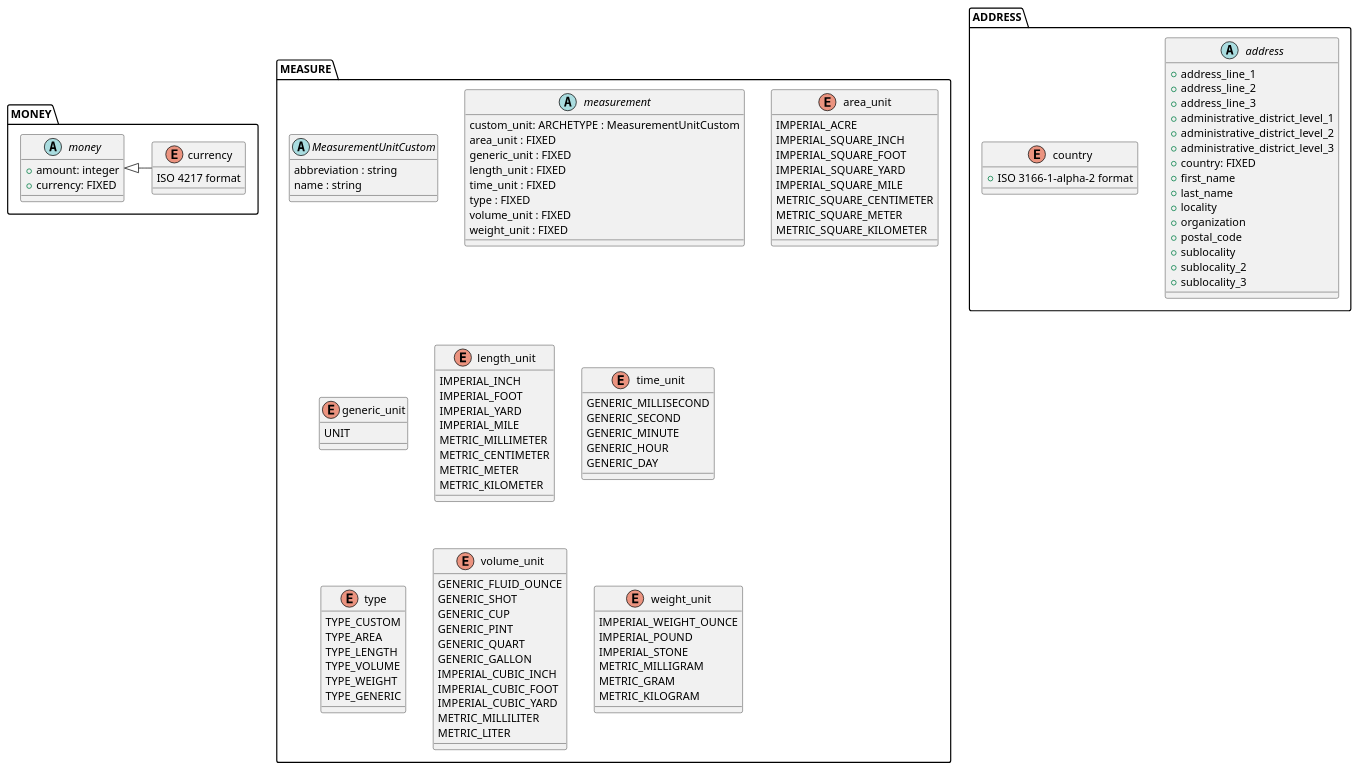
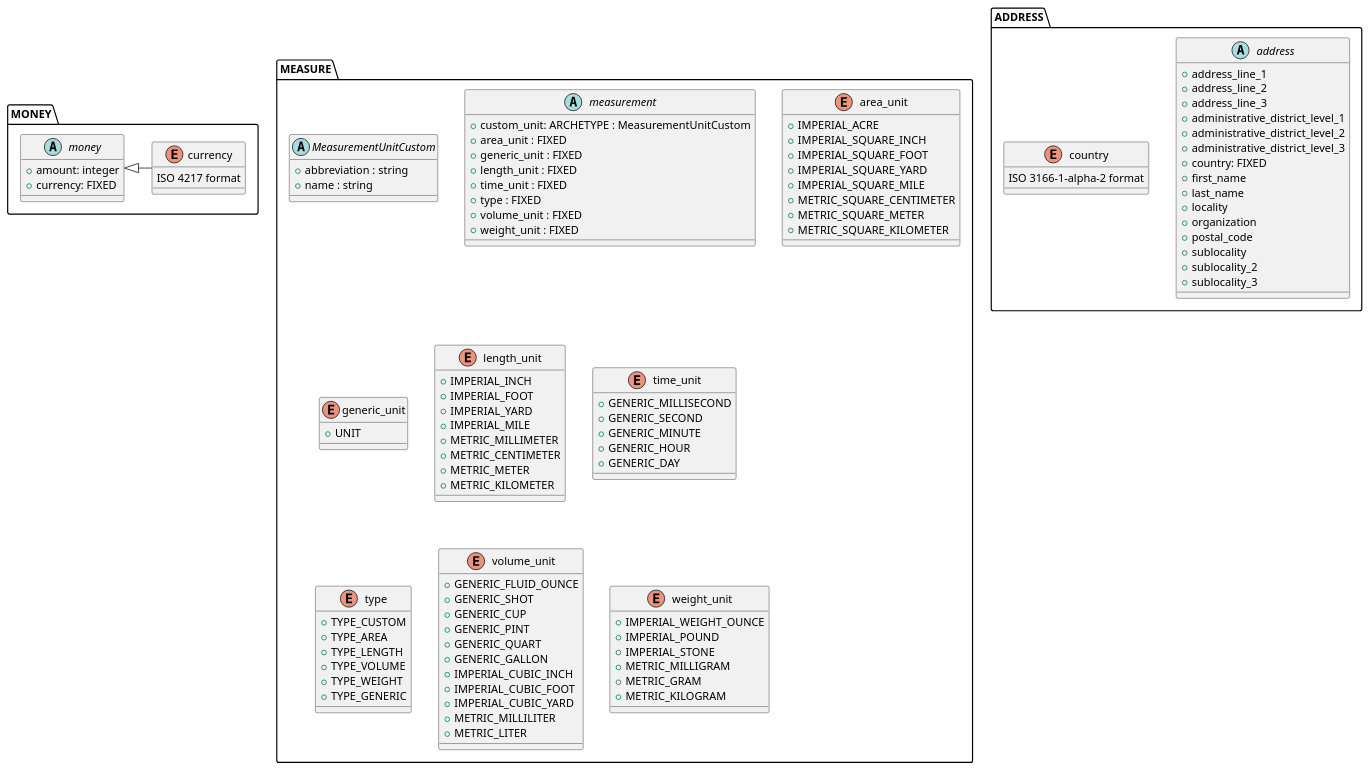
The diagram in docs/uml/square_archetypes.puml (TwoFistedJustice/square-pie), drawn with PlantUML before and after one commit.

Commit message:
docs: add formatting

```diff
--- a/docs/uml/square_archetypes.puml
+++ b/docs/uml/square_archetypes.puml
@@ -1,130 +1,129 @@
 @startuml
 'https://plantuml.com/class-diagram
 
 /'Archetypes are small reusable object types commonly used throughout the Square API'/
 
 abstract MONEY.money {
 + amount: integer
 + currency: FIXED
 }
 
 enum MONEY.currency{
 ISO 4217 format
 }
 MONEY.money <|- MONEY.currency
 
 
 
 
 abstract ADDRESS.address {
 + address_line_1
 + address_line_2
 + address_line_3
 + administrative_district_level_1
 + administrative_district_level_2
 + administrative_district_level_3
 + country: FIXED
 + first_name
 + last_name
 + locality
 + organization
 + postal_code
 + sublocality
 + sublocality_2
 + sublocality_3
 
 }
 
 enum ADDRESS.country{
-+ ISO 3166-1-alpha-2 format
+ISO 3166-1-alpha-2 format
 }
 
 
 abstract MEASURE.MeasurementUnitCustom {
-abbreviation : string
-name : string
++ abbreviation : string
++ name : string
 }
 
 
 abstract MEASURE.measurement{
-custom_unit: ARCHETYPE : MeasurementUnitCustom
-area_unit : FIXED
-generic_unit : FIXED
-length_unit : FIXED
-time_unit : FIXED
-type : FIXED
-volume_unit : FIXED
-weight_unit : FIXED
++ custom_unit: ARCHETYPE : MeasurementUnitCustom
++ area_unit : FIXED
++ generic_unit : FIXED
++ length_unit : FIXED
++ time_unit : FIXED
++ type : FIXED
++ volume_unit : FIXED
++ weight_unit : FIXED
 
 }
 
 
 enum MEASURE.area_unit {
-IMPERIAL_ACRE
-IMPERIAL_SQUARE_INCH
-IMPERIAL_SQUARE_FOOT
-IMPERIAL_SQUARE_YARD
-IMPERIAL_SQUARE_MILE
-METRIC_SQUARE_CENTIMETER
-METRIC_SQUARE_METER
-METRIC_SQUARE_KILOMETER
++ IMPERIAL_ACRE
++ IMPERIAL_SQUARE_INCH
++ IMPERIAL_SQUARE_FOOT
++ IMPERIAL_SQUARE_YARD
++ IMPERIAL_SQUARE_MILE
++ METRIC_SQUARE_CENTIMETER
++ METRIC_SQUARE_METER
++ METRIC_SQUARE_KILOMETER
 }
 
 enum MEASURE.generic_unit {
-UNIT
++ UNIT
 }
 
 enum MEASURE.length_unit {
-IMPERIAL_INCH
-IMPERIAL_FOOT
-IMPERIAL_YARD
-IMPERIAL_MILE
-METRIC_MILLIMETER
-METRIC_CENTIMETER
-METRIC_METER
-METRIC_KILOMETER
++ IMPERIAL_INCH
++ IMPERIAL_FOOT
++ IMPERIAL_YARD
++ IMPERIAL_MILE
++ METRIC_MILLIMETER
++ METRIC_CENTIMETER
++ METRIC_METER
++ METRIC_KILOMETER
 }
 
 enum MEASURE.time_unit {
-GENERIC_MILLISECOND
-GENERIC_SECOND
-GENERIC_MINUTE
-GENERIC_HOUR
-GENERIC_DAY
++ GENERIC_MILLISECOND
++ GENERIC_SECOND
++ GENERIC_MINUTE
++ GENERIC_HOUR
++ GENERIC_DAY
 }
 
 enum MEASURE.type {
-TYPE_CUSTOM
-TYPE_AREA
-TYPE_LENGTH
-TYPE_VOLUME
-TYPE_WEIGHT
-TYPE_GENERIC
-
++ TYPE_CUSTOM
++ TYPE_AREA
++ TYPE_LENGTH
++ TYPE_VOLUME
++ TYPE_WEIGHT
++ TYPE_GENERIC
 }
 
 enum MEASURE.volume_unit {
-GENERIC_FLUID_OUNCE
-GENERIC_SHOT
-GENERIC_CUP
-GENERIC_PINT
-GENERIC_QUART
-GENERIC_GALLON
-IMPERIAL_CUBIC_INCH
-IMPERIAL_CUBIC_FOOT
-IMPERIAL_CUBIC_YARD
-METRIC_MILLILITER
-METRIC_LITER
++ GENERIC_FLUID_OUNCE
++ GENERIC_SHOT
++ GENERIC_CUP
++ GENERIC_PINT
++ GENERIC_QUART
++ GENERIC_GALLON
++ IMPERIAL_CUBIC_INCH
++ IMPERIAL_CUBIC_FOOT
++ IMPERIAL_CUBIC_YARD
++ METRIC_MILLILITER
++ METRIC_LITER
 }
 
 enum MEASURE.weight_unit {
-IMPERIAL_WEIGHT_OUNCE
-IMPERIAL_POUND
-IMPERIAL_STONE
-METRIC_MILLIGRAM
-METRIC_GRAM
-METRIC_KILOGRAM
++ IMPERIAL_WEIGHT_OUNCE
++ IMPERIAL_POUND
++ IMPERIAL_STONE
++ METRIC_MILLIGRAM
++ METRIC_GRAM
++ METRIC_KILOGRAM
 }
 
 
 @enduml
```
